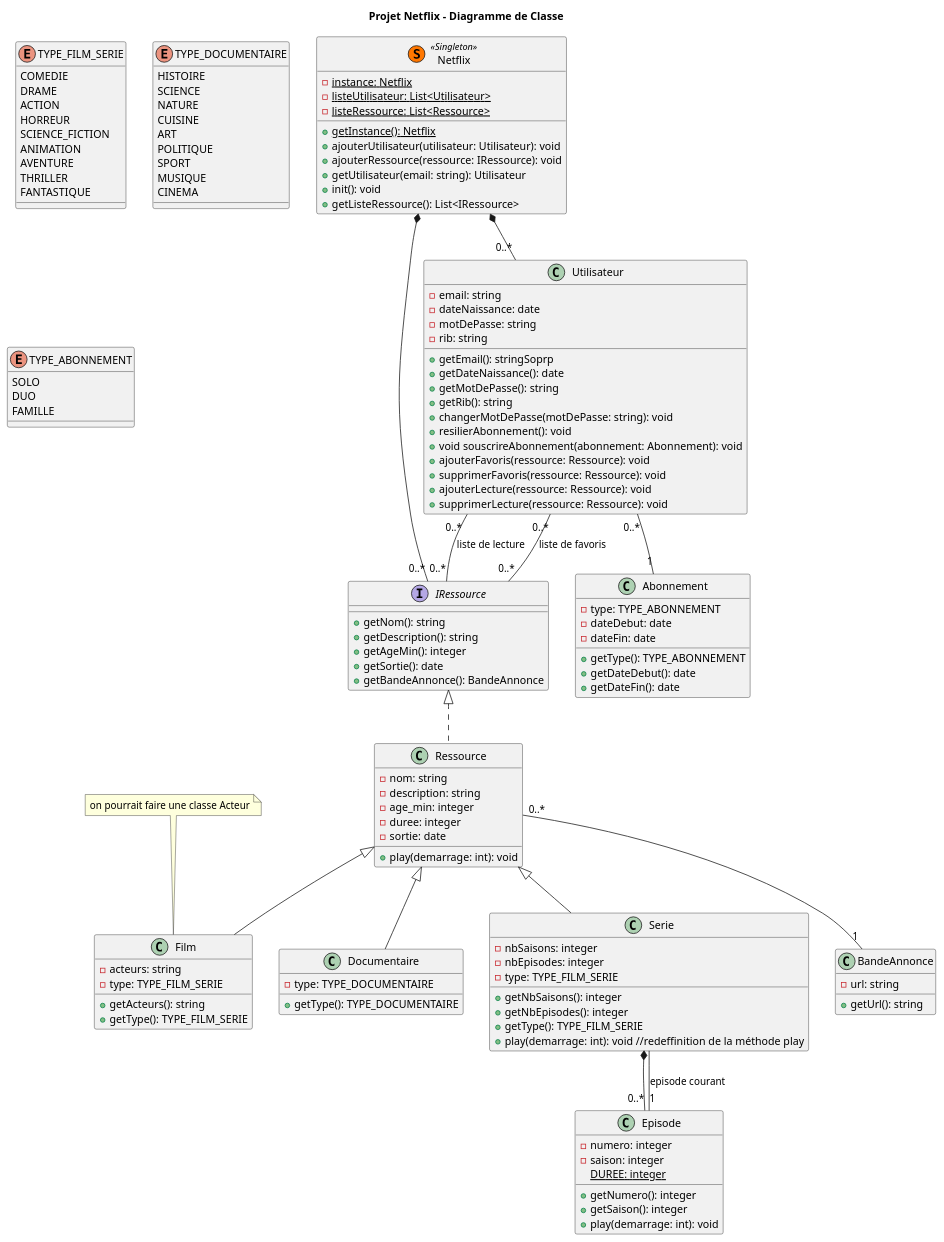
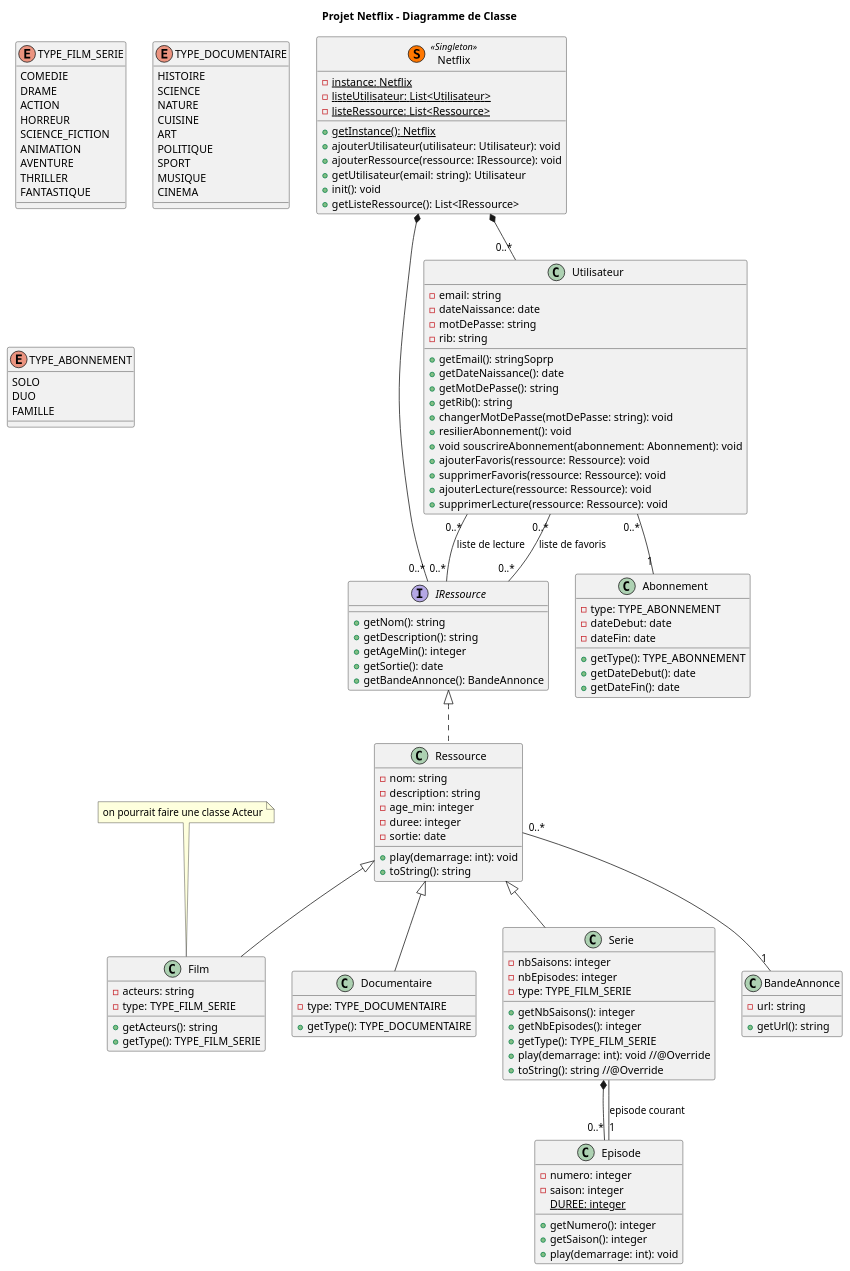
The diagram in diagramme.puml (tigrou23/Netflix_JAVA), drawn with PlantUML before and after one commit.

Commit message:
update diagramme de classe

```diff
--- a/diagramme.puml
+++ b/diagramme.puml
@@ -1,155 +1,157 @@
 @startuml
 
 title Projet Netflix - Diagramme de Classe
 
 class Netflix << (S,#FF7700) Singleton >>{
     {static} - instance: Netflix
     {static} - listeUtilisateur: List<Utilisateur>
     {static} - listeRessource: List<Ressource>
     {static} + getInstance(): Netflix
     + ajouterUtilisateur(utilisateur: Utilisateur): void
     + ajouterRessource(ressource: IRessource): void
     + getUtilisateur(email: string): Utilisateur
     + init(): void
     + getListeRessource(): List<IRessource>
 }
 
 Netflix *-- "0..*" Utilisateur
 Netflix *-- "0..*" IRessource
 
 /'
 ---- Définition des Ressources ----
 '/
 
 enum TYPE_FILM_SERIE {
     COMEDIE
     DRAME
     ACTION
     HORREUR
     SCIENCE_FICTION
     ANIMATION
     AVENTURE
     THRILLER
     FANTASTIQUE
 }
 
 enum TYPE_DOCUMENTAIRE{
     HISTOIRE
     SCIENCE
     NATURE
     CUISINE
     ART
     POLITIQUE
     SPORT
     MUSIQUE
     CINEMA
 }
 
 class BandeAnnonce{
     - url: string
     + getUrl(): string
 }
 
 interface IRessource{
     + getNom(): string
     + getDescription(): string
     + getAgeMin(): integer
     + getSortie(): date
     + getBandeAnnonce(): BandeAnnonce
 }
 
 note "on pourrait faire une classe Acteur" as acteur
 acteur .. Film
 
 abstract Ressource {
     - nom: string
     - description: string
     - age_min: integer
     - duree: integer
     - sortie: date
     + play(demarrage: int): void
+    + toString(): string
 }
 
 Ressource "0..*" -- "1" BandeAnnonce
 class Ressource implements IRessource
 
 class Film{
     - acteurs: string
     - type: TYPE_FILM_SERIE
     + getActeurs(): string
     + getType(): TYPE_FILM_SERIE
 }
 
 class Documentaire{
     - type: TYPE_DOCUMENTAIRE
     + getType(): TYPE_DOCUMENTAIRE
 }
 
 class Serie{
     - nbSaisons: integer
     - nbEpisodes: integer
     - type: TYPE_FILM_SERIE
     + getNbSaisons(): integer
     + getNbEpisodes(): integer
     + getType(): TYPE_FILM_SERIE
-    + play(demarrage: int): void //redeffinition de la méthode play
+    + play(demarrage: int): void //@Override
+    + toString(): string //@Override
 }
 
 class Episode{
     - numero: integer
     - saison: integer
     {static} DUREE: integer
     + getNumero(): integer
     + getSaison(): integer
     + play(demarrage: int): void
 }
 
 Serie *-- "0..*" Episode
 Serie -- "1" Episode : "episode courant"
 
 class Film extends Ressource
 class Documentaire extends Ressource
 class Serie extends Ressource
 
 /'
 ---- Définition des Utilisateurs ----
 '/
 
 enum TYPE_ABONNEMENT{
     SOLO
     DUO
     FAMILLE
 }
 
 class Abonnement{
     - type: TYPE_ABONNEMENT
     - dateDebut: date
     - dateFin: date
     + getType(): TYPE_ABONNEMENT
     + getDateDebut(): date
     + getDateFin(): date
 }
 
 class Utilisateur{
     - email: string
     - dateNaissance: date
     - motDePasse: string
     - rib: string
     + getEmail(): stringSoprp
     + getDateNaissance(): date
     + getMotDePasse(): string
     + getRib(): string
     + changerMotDePasse(motDePasse: string): void
     + resilierAbonnement(): void
     + void souscrireAbonnement(abonnement: Abonnement): void
     + ajouterFavoris(ressource: Ressource): void
     + supprimerFavoris(ressource: Ressource): void
     + ajouterLecture(ressource: Ressource): void
     + supprimerLecture(ressource: Ressource): void
 }
 
 Utilisateur "0..*" -- "0..*" IRessource : "liste de favoris"
 Utilisateur "0..*" -- "0..*" IRessource : "liste de lecture"
 Utilisateur "0..*" -- "1" Abonnement
 
 @enduml
```
